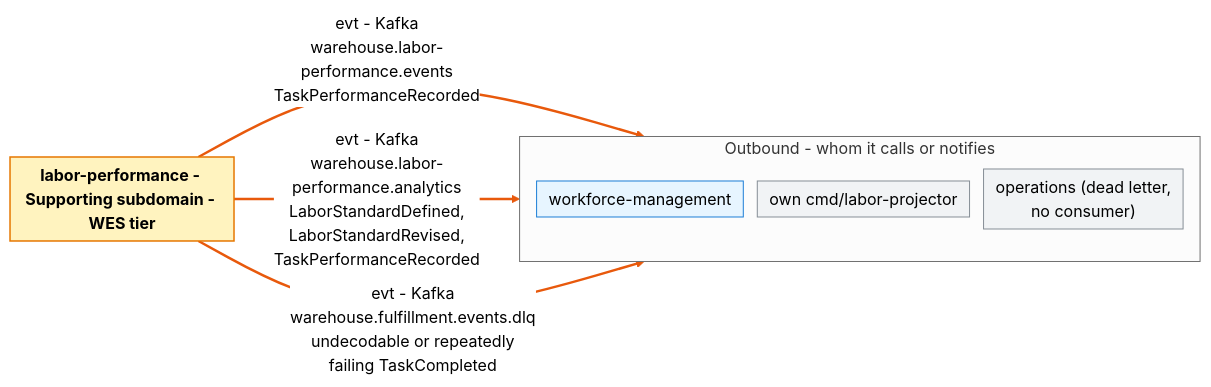
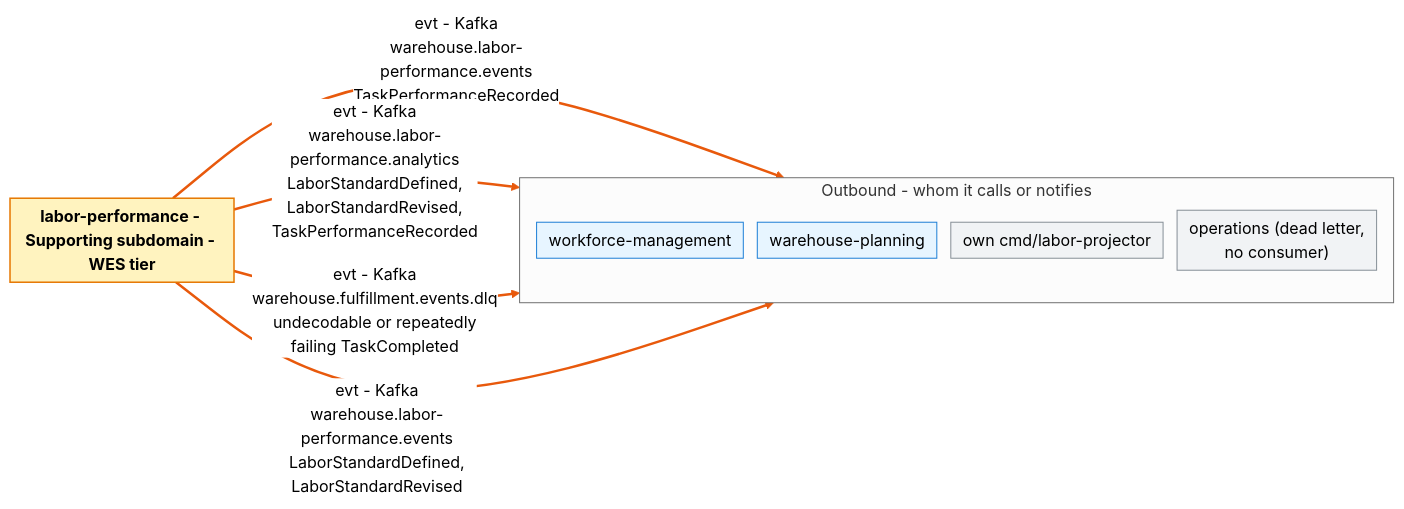
Before and after one commit to IQVO/labor-performance: the second of 2 diagrams in docs/docs/ddd/bounded-context-canvas.md, drawn with Mermaid (neutral theme). The commit also changed other lines of this file and 22 other files, not shown here.

````diff
--- a/docs/docs/ddd/bounded-context-canvas.md
+++ b/docs/docs/ddd/bounded-context-canvas.md
@@ -79,24 +79,27 @@
 ```mermaid
 %%{init: {"flowchart": {"nodeSpacing": 14, "rankSpacing": 40, "padding": 6}}}%%
 flowchart LR
     classDef bc fill:#fff3bf,stroke:#e67700,stroke-width:1.5px,color:#000
     classDef card fill:#fff9db,stroke:#f08c00,color:#000,text-align:left
     classDef ctx fill:#e7f5ff,stroke:#1c7ed6,color:#000
     classDef actor fill:#fff4e6,stroke:#e8590c,color:#000
     classDef ext fill:#ffe3e3,stroke:#c92a2a,color:#000
     classDef self fill:#f1f3f5,stroke:#868e96,color:#000
     classDef none fill:#f8f9fa,stroke:#adb5bd,stroke-dasharray:5 5,color:#495057
     BC["<b>labor-performance - Supporting subdomain - WES tier</b>"]:::bc
     subgraph OUT["Outbound - whom it calls or notifies"]
         direction TB
         out0["workforce-management"]:::ctx
+        out3["warehouse-planning"]:::ctx
         out1["own cmd/labor-projector"]:::self
         out2["operations (dead letter,<br/>no consumer)"]:::self
     end
     BC ==>|"evt - Kafka<br/>warehouse.labor-performance.events<br/>TaskPerformanceRecorded"| out0
     BC ==>|"evt - Kafka<br/>warehouse.labor-performance.analytics<br/>LaborStandardDefined,<br/>LaborStandardRevised,<br/>TaskPerformanceRecorded"| out1
     BC ==>|"evt - Kafka<br/>warehouse.fulfillment.events.dlq<br/>undecodable or repeatedly<br/>failing TaskCompleted"| out2
+    BC ==>|"evt - Kafka<br/>warehouse.labor-performance.events<br/>LaborStandardDefined,<br/>LaborStandardRevised"| out3
     linkStyle 0 stroke:#e8590c,stroke-width:2.5px
     linkStyle 1 stroke:#e8590c,stroke-width:2.5px
     linkStyle 2 stroke:#e8590c,stroke-width:2.5px
+    linkStyle 3 stroke:#e8590c,stroke-width:2.5px
 ```
````
